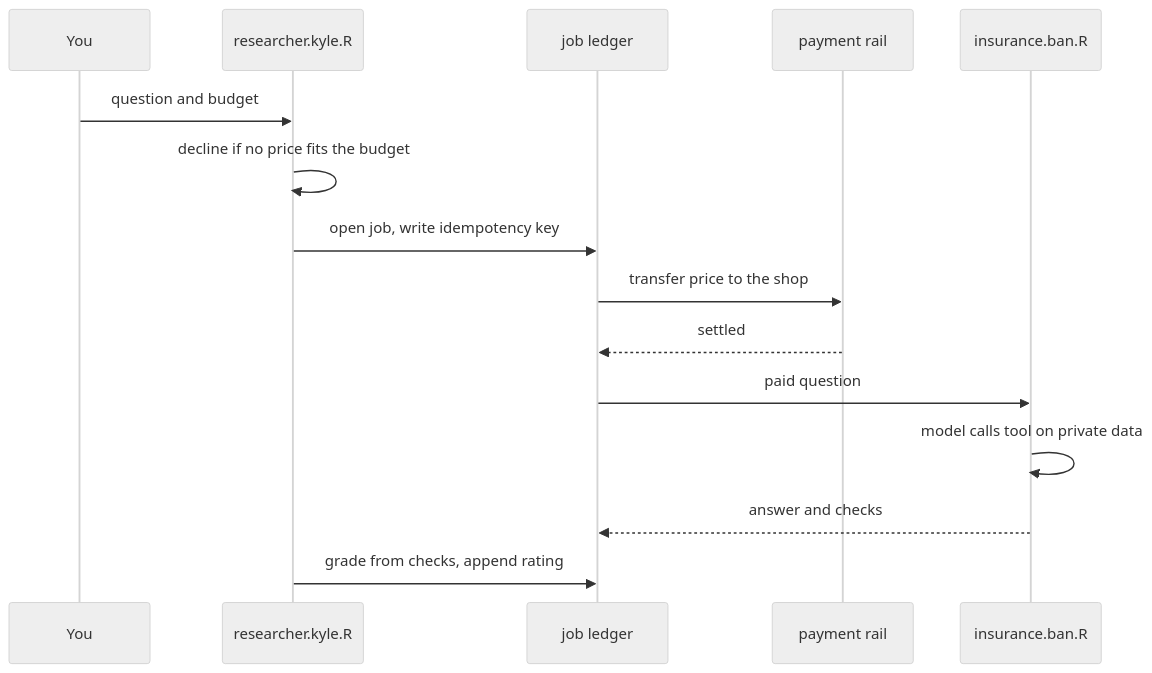
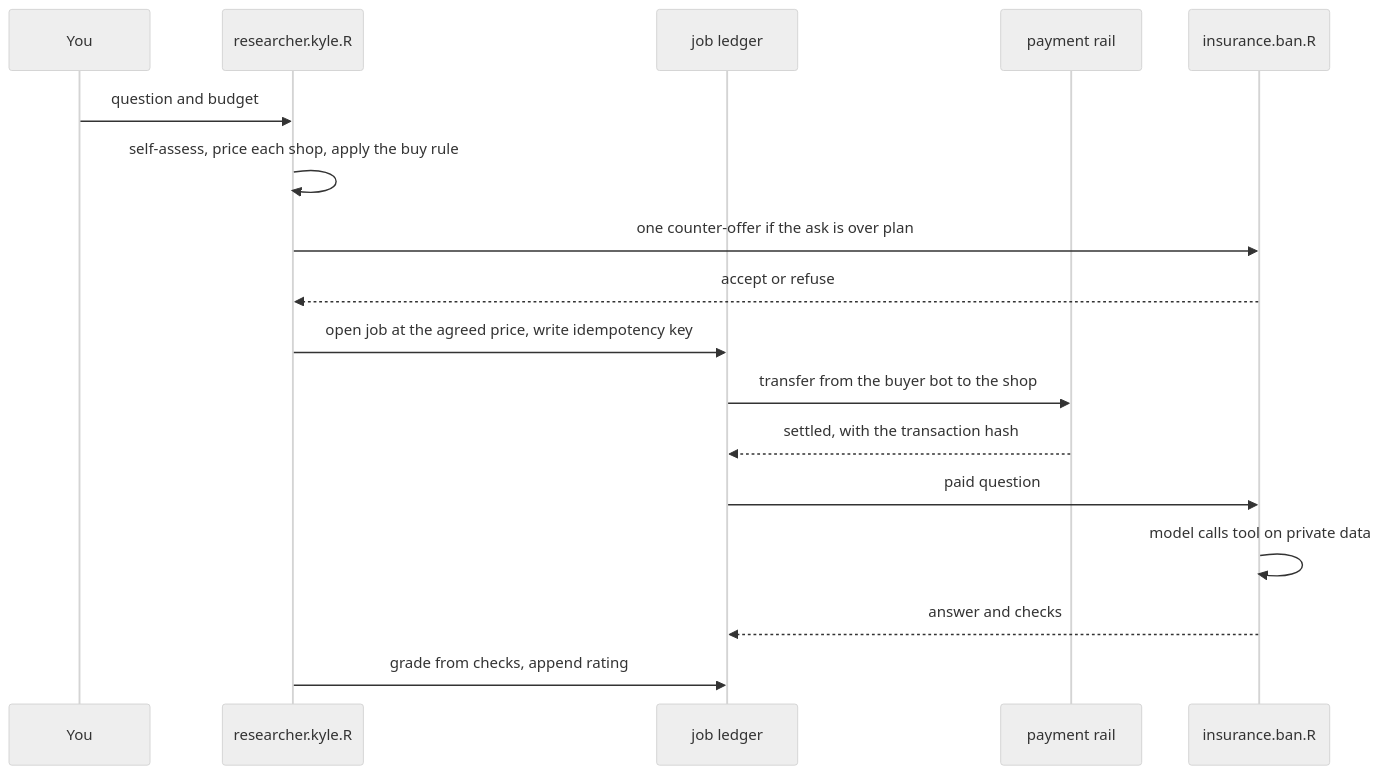
Before and after one commit to taejeekim/InferPay: the first of 2 diagrams in README.md, drawn with Mermaid (neutral theme). The commit also changed other lines of this file and 1 other file, not shown here.

First line of the commit message:
docs: describe the decision, the testnet rail, and the attestation checks

````diff
--- a/README.md
+++ b/README.md
@@ -149,17 +350,19 @@
 ```mermaid
 sequenceDiagram
   participant You
   participant Buyer as researcher.kyle.R
   participant Market as job ledger
   participant Rail as payment rail
   participant Shop as insurance.ban.R
   You->>Buyer: question and budget
-  Buyer->>Buyer: decline if no price fits the budget
-  Buyer->>Market: open job, write idempotency key
-  Market->>Rail: transfer price to the shop
-  Rail-->>Market: settled
+  Buyer->>Buyer: self-assess, price each shop, apply the buy rule
+  Buyer->>Shop: one counter-offer if the ask is over plan
+  Shop-->>Buyer: accept or refuse
+  Buyer->>Market: open job at the agreed price, write idempotency key
+  Market->>Rail: transfer from the buyer bot to the shop
+  Rail-->>Market: settled, with the transaction hash
   Market->>Shop: paid question
   Shop->>Shop: model calls tool on private data
   Shop-->>Market: answer and checks
   Buyer->>Market: grade from checks, append rating
 ```
````
